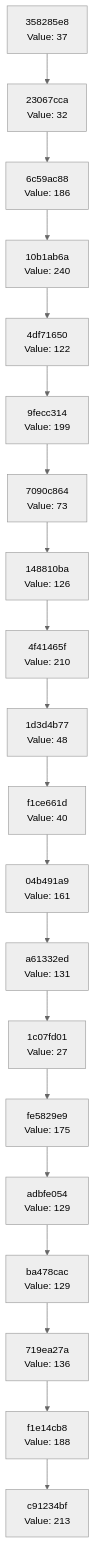
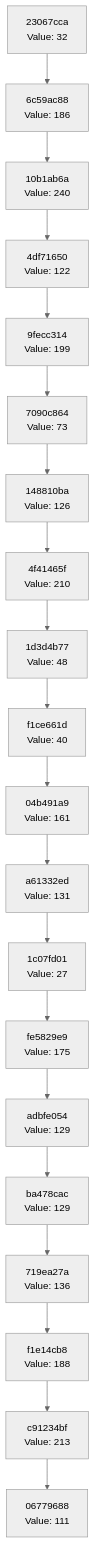
Before and after one commit to Abhisheksinha1506/hash-chain-evolver: the diagram in docs/CHAIN_VISUALIZATION.md, drawn with Mermaid (neutral theme). The commit also changed 1 other file, not shown here.

Commit message:
Evolution step: hash 0x6F → action executed

````diff
--- a/docs/CHAIN_VISUALIZATION.md
+++ b/docs/CHAIN_VISUALIZATION.md
@@ -3,42 +3,42 @@
 ```mermaid
 graph TD
-    C0["c91234bf<br/>Value: 213"]
-    C1["f1e14cb8<br/>Value: 188"]
+    C0["06779688<br/>Value: 111"]
+    C1["c91234bf<br/>Value: 213"]
     C1 --> C0
-    C2["719ea27a<br/>Value: 136"]
+    C2["f1e14cb8<br/>Value: 188"]
     C2 --> C1
-    C3["ba478cac<br/>Value: 129"]
+    C3["719ea27a<br/>Value: 136"]
     C3 --> C2
-    C4["adbfe054<br/>Value: 129"]
+    C4["ba478cac<br/>Value: 129"]
     C4 --> C3
-    C5["fe5829e9<br/>Value: 175"]
+    C5["adbfe054<br/>Value: 129"]
     C5 --> C4
-    C6["1c07fd01<br/>Value: 27"]
+    C6["fe5829e9<br/>Value: 175"]
     C6 --> C5
-    C7["a61332ed<br/>Value: 131"]
+    C7["1c07fd01<br/>Value: 27"]
     C7 --> C6
-    C8["04b491a9<br/>Value: 161"]
+    C8["a61332ed<br/>Value: 131"]
     C8 --> C7
-    C9["f1ce661d<br/>Value: 40"]
+    C9["04b491a9<br/>Value: 161"]
     C9 --> C8
-    C10["1d3d4b77<br/>Value: 48"]
+    C10["f1ce661d<br/>Value: 40"]
     C10 --> C9
-    C11["4f41465f<br/>Value: 210"]
+    C11["1d3d4b77<br/>Value: 48"]
     C11 --> C10
-    C12["148810ba<br/>Value: 126"]
+    C12["4f41465f<br/>Value: 210"]
     C12 --> C11
-    C13["7090c864<br/>Value: 73"]
+    C13["148810ba<br/>Value: 126"]
     C13 --> C12
-    C14["9fecc314<br/>Value: 199"]
+    C14["7090c864<br/>Value: 73"]
     C14 --> C13
-    C15["4df71650<br/>Value: 122"]
+    C15["9fecc314<br/>Value: 199"]
     C15 --> C14
-    C16["10b1ab6a<br/>Value: 240"]
+    C16["4df71650<br/>Value: 122"]
     C16 --> C15
-    C17["6c59ac88<br/>Value: 186"]
+    C17["10b1ab6a<br/>Value: 240"]
     C17 --> C16
-    C18["23067cca<br/>Value: 32"]
+    C18["6c59ac88<br/>Value: 186"]
     C18 --> C17
-    C19["358285e8<br/>Value: 37"]
+    C19["23067cca<br/>Value: 32"]
     C19 --> C18
 ```
````
